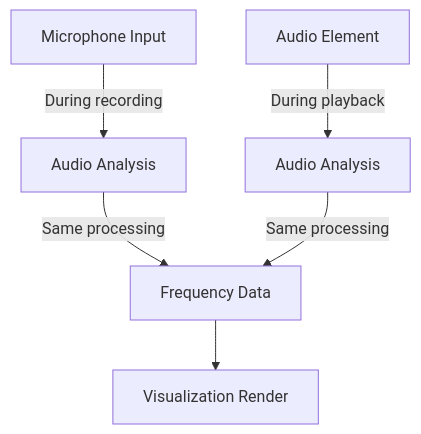
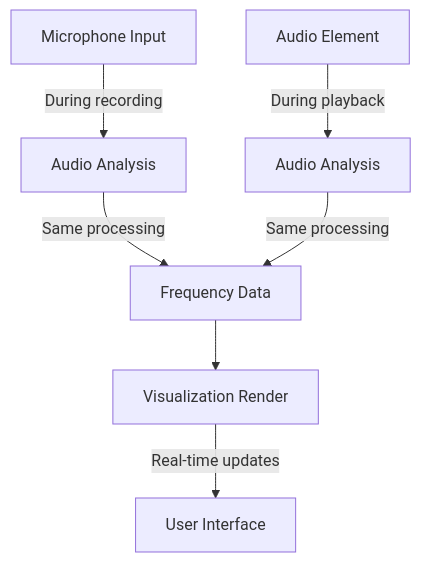
The tenth of 11 diagrams in memory-bank/systemPatterns.md (beerbear4369/design-to-reality-94), drawn with Mermaid before and after one commit. The commit also changed other lines of this file and 4 other files, not shown here.

````diff
--- a/memory-bank/systemPatterns.md
+++ b/memory-bank/systemPatterns.md
@@ -264,8 +346,9 @@
 ```mermaid
 flowchart TD
     MIC[Microphone Input] -->|During recording| ANLZ1[Audio Analysis]
     AUD[Audio Element] -->|During playback| ANLZ2[Audio Analysis]
     ANLZ1 -->|Same processing| FREQ[Frequency Data]
     ANLZ2 -->|Same processing| FREQ
     FREQ --> VIZ[Visualization Render]
+    VIZ --> |Real-time updates| UI[User Interface]
 ```
````
